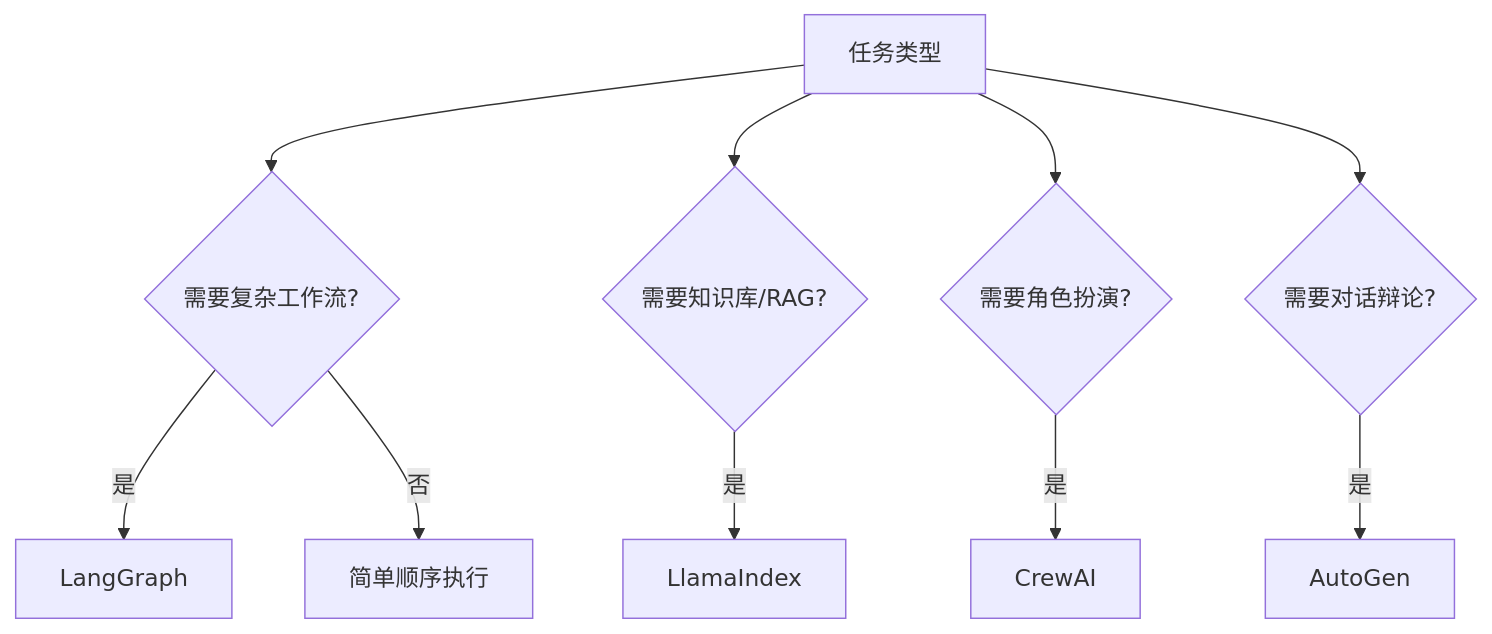
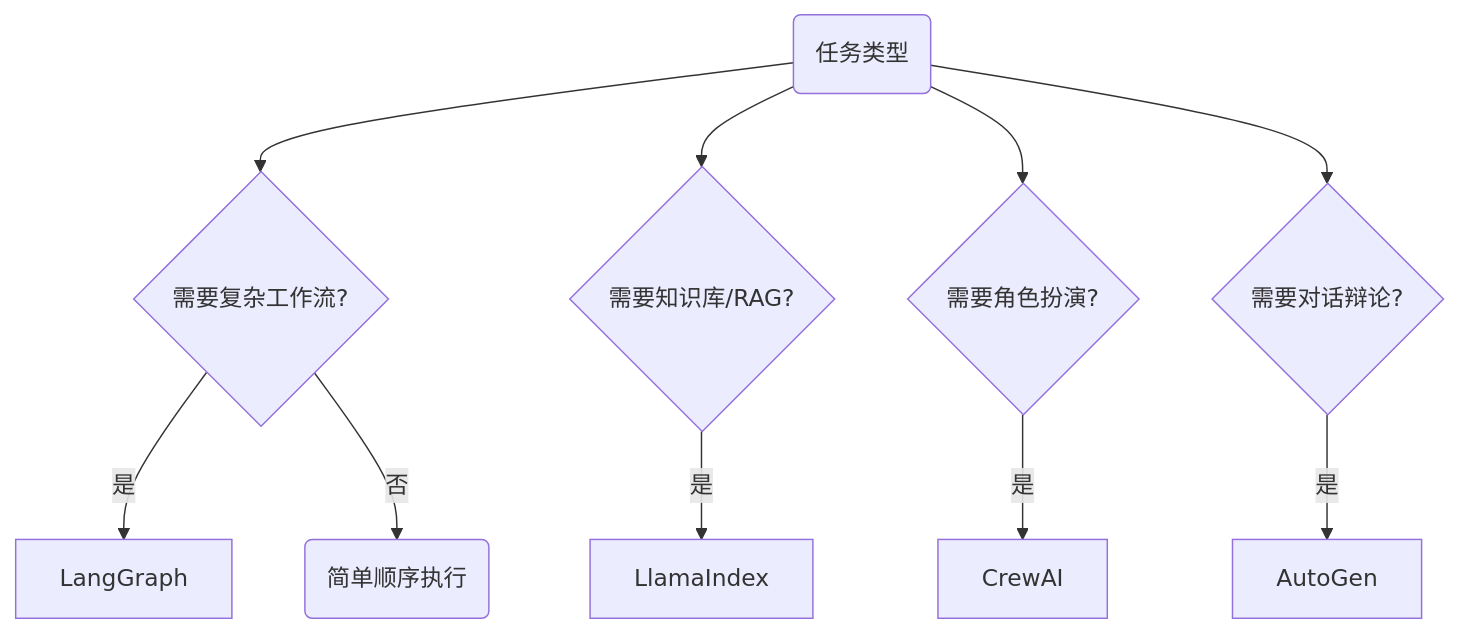
Before and after one commit to yiweinanzi/ai-research-ebook: the diagram in src/content/docs/code/agents.mdx, drawn with Mermaid. The commit also changed 12 other files, not shown here.

First line of the commit message:
fix: Mermaid diagrams - remove Chinese punctuation parsing issues

````diff
--- a/src/content/docs/code/agents.mdx
+++ b/src/content/docs/code/agents.mdx
@@ -25,15 +25,17 @@
 ```mermaid
 flowchart TD
-    A[任务类型] --> B{需要复杂工作流?}
+    A(任务类型) --> B{需要复杂工作流?}
     A --> C{需要知识库/RAG?}
     A --> D{需要角色扮演?}
     A --> E{需要对话辩论?}
 
     B -->|是| F[LangGraph]
-    B -->|否| G[简单顺序执行]
+    B -->|否| G(简单顺序执行)
 
     C -->|是| H[LlamaIndex]
     D -->|是| I[CrewAI]
     E -->|是| J[AutoGen]
 
+
+
 ```
````
